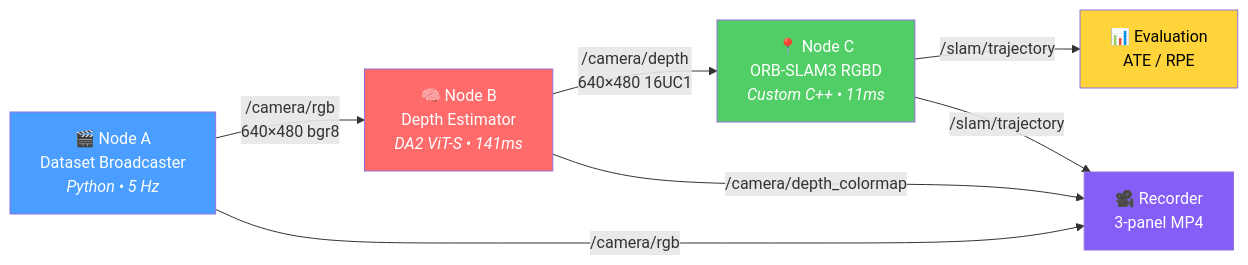
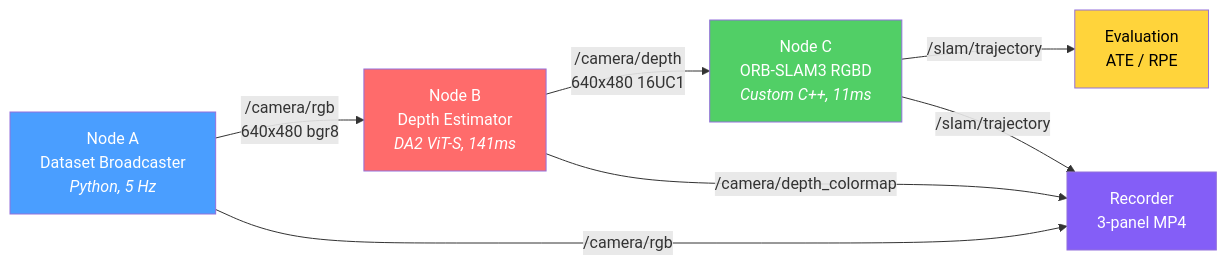
One commit to pratap424/pseudo_rgbd_slam changed the first of 2 diagrams in README.md. Above: the diagram before and after it, drawn with Mermaid. The commit also changed other lines of this file and 6 other files, not shown here.

Commit message:
Honest graphs from measured data only, trim README, separate measured vs projected in report

````diff
--- a/README.md
+++ b/README.md
@@ -47,16 +63,16 @@
 ```mermaid
 graph LR
-    A["🎬 Node A<br/>Dataset Broadcaster<br/><i>Python • 5 Hz</i>"] -->|"/camera/rgb<br/>640×480 bgr8"| B
-    B["🧠 Node B<br/>Depth Estimator<br/><i>DA2 ViT-S • 141ms</i>"] -->|"/camera/depth<br/>640×480 16UC1"| C
-    C["📍 Node C<br/>ORB-SLAM3 RGBD<br/><i>Custom C++ • 11ms</i>"] -->|"/slam/trajectory"| D["📊 Evaluation<br/>ATE / RPE"]
-    
-    B -->|"/camera/depth_colormap"| R["🎥 Recorder<br/>3-panel MP4"]
+    A["Node A<br/>Dataset Broadcaster<br/><i>Python, 5 Hz</i>"] -->|"/camera/rgb<br/>640x480 bgr8"| B
+    B["Node B<br/>Depth Estimator<br/><i>DA2 ViT-S, 141ms</i>"] -->|"/camera/depth<br/>640x480 16UC1"| C
+    C["Node C<br/>ORB-SLAM3 RGBD<br/><i>Custom C++, 11ms</i>"] -->|"/slam/trajectory"| D["Evaluation<br/>ATE / RPE"]
+
+    B -->|"/camera/depth_colormap"| R["Recorder<br/>3-panel MP4"]
     A -->|"/camera/rgb"| R
     C -->|"/slam/trajectory"| R
 
     style A fill:#4a9eff,color:#fff
     style B fill:#ff6b6b,color:#fff
     style C fill:#51cf66,color:#fff
     style D fill:#ffd43b,color:#000
     style R fill:#845ef7,color:#fff
 ```
````
